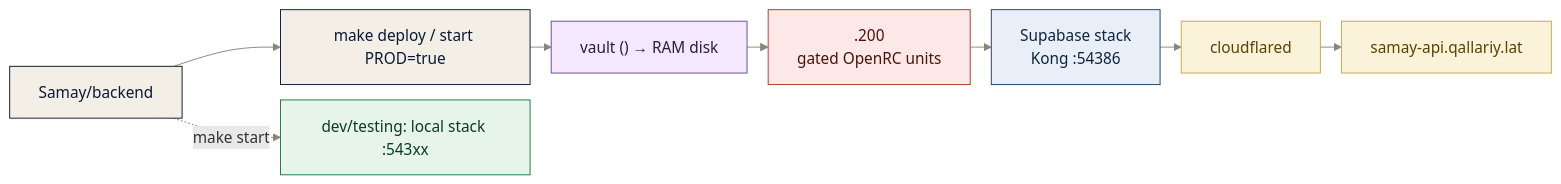
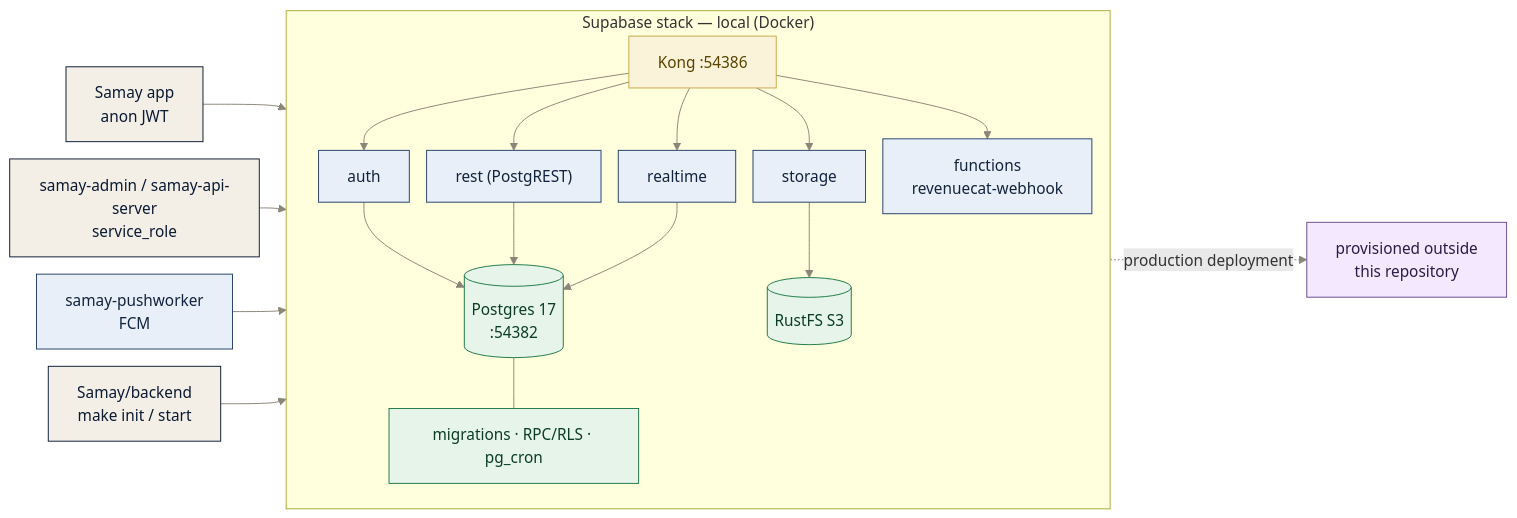
The diagram in docs/diagrams/deployment.mmd (DaereanLegrand/samay-backend), drawn with Mermaid before and after one commit. The commit also changed 17 other files, not shown here.

```diff
--- a/docs/diagrams/deployment.mmd
+++ b/docs/diagrams/deployment.mmd
@@ -1,20 +1,35 @@
-%%{init:{"flowchart":{"nodeSpacing":16,"rankSpacing":22}}}%%
+%%{init:{"flowchart":{"nodeSpacing":18,"rankSpacing":28}}}%%
 flowchart LR
-  REPO["Samay/backend"] --> DEPLOY["make deploy / start PROD=true"]
-  DEPLOY --> VAULT["vault (<build-host>) → RAM disk"] --> VM["<deploy-target> .200<br/>gated OpenRC units"]
-  VM --> STACK["Supabase stack<br/>Kong :54386"] --> CFD["cloudflared"] --> API["samay-api.qallariy.lat"]
-  REPO -. make start .-> LOCAL["dev/testing: local stack :543xx"]
+  DEV["Samay/backend<br/>make init / start"] --> STACK
+
+  subgraph STACK["Supabase stack — local (Docker)"]
+    direction TB
+    KONG["Kong :54386"] --> AUTH["auth"]
+    KONG --> REST["rest (PostgREST)"]
+    KONG --> RT["realtime"]
+    KONG --> STORAGE["storage"]
+    KONG --> FN["functions<br/>revenuecat-webhook"]
+    AUTH --> PG[("Postgres 17<br/>:54382")]
+    REST --> PG
+    RT --> PG
+    STORAGE --> S3[("RustFS S3")]
+    PG --- MIG["migrations · RPC/RLS · pg_cron"]
+  end
+
+  APP["Samay app<br/>anon JWT"] --> KONG
+  CLI["samay-admin / samay-api-server<br/>service_role"] --> KONG
+  PUSH["samay-pushworker<br/>FCM"] --> PG
+
+  STACK -. production deployment .-> EXT["provisioned outside<br/>this repository"]
 
   classDef app fill:#F4EFE6,stroke:#0A1A33,color:#0A1A33,stroke-width:1px;
   classDef gw fill:#FBF3D9,stroke:#C9A84C,color:#5A4300,stroke-width:1px;
   classDef svc fill:#E8EFF8,stroke:#24406B,color:#12233D,stroke-width:1px;
   classDef data fill:#E6F4EA,stroke:#1E7A46,color:#0B3D22,stroke-width:1px;
   classDef ext fill:#F3E8FD,stroke:#6A4C93,color:#2E1A47,stroke-width:1px;
-  classDef infra fill:#FCE8E6,stroke:#B23A2E,color:#4A120D,stroke-width:1px;
   linkStyle default stroke:#8A8578,stroke-width:1px;
-  class REPO,DEPLOY app;
-  class VAULT ext;
-  class VM infra;
-  class STACK svc;
-  class CFD,API gw;
-  class LOCAL data;
+  class DEV,APP,CLI app;
+  class KONG gw;
+  class AUTH,REST,RT,STORAGE,FN,PUSH svc;
+  class PG,S3,MIG data;
+  class EXT ext;
```
